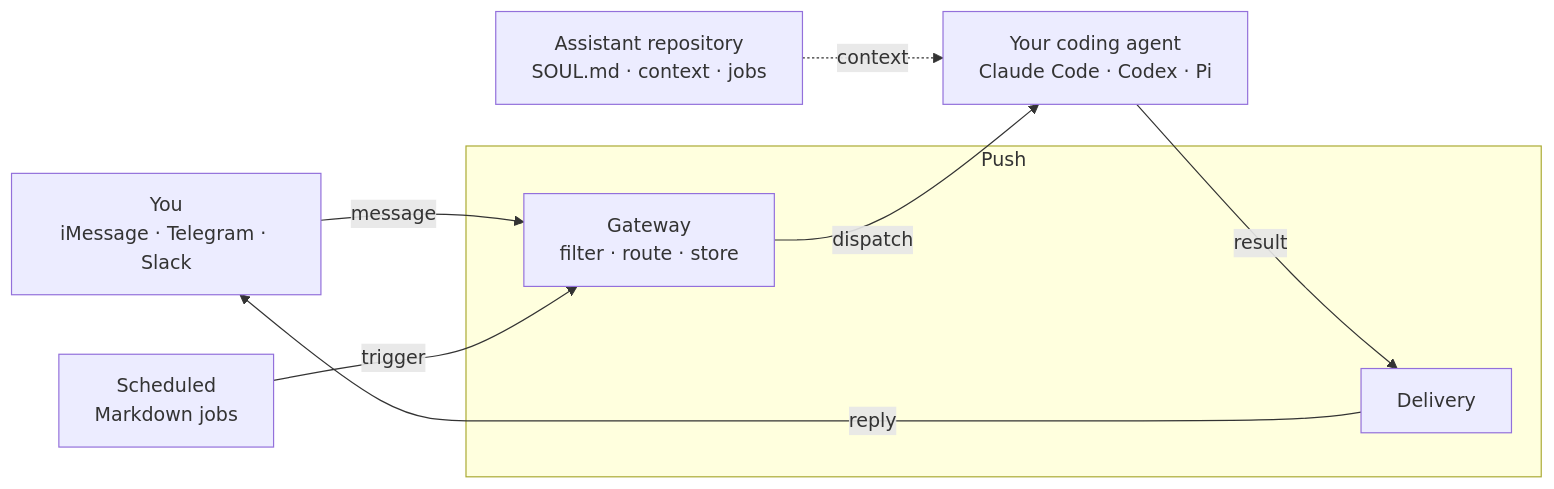
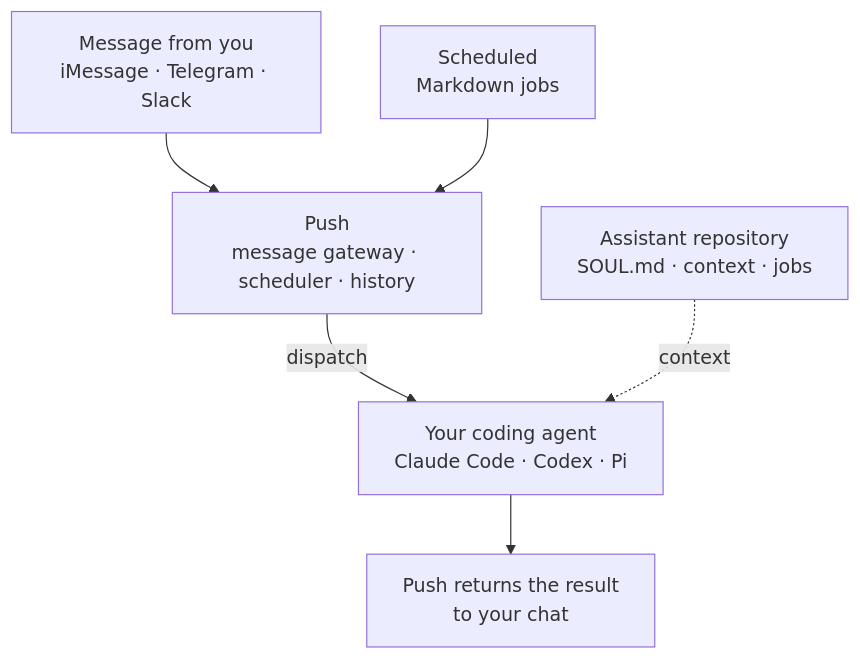
One commit to edheltzel/Relay changed the diagram in README.md. Above: the diagram before and after it, drawn with Mermaid.

Commit message:
docs: simplify the README diagram

````diff
--- a/README.md
+++ b/README.md
@@ -43,19 +43,15 @@
 ```mermaid
-flowchart LR
-    You["You<br/>iMessage · Telegram · Slack"]
+flowchart TD
+    Message["Message from you<br/>iMessage · Telegram · Slack"]
     Jobs["Scheduled<br/>Markdown jobs"]
     Repo["Assistant repository<br/>SOUL.md · context · jobs"]
+    Push["Push<br/>message gateway · scheduler · history"]
     Agent["Your coding agent<br/>Claude Code · Codex · Pi"]
+    Reply["Push returns the result<br/>to your chat"]
 
-    subgraph Push
-        Gateway["Gateway<br/>filter · route · store"]
-        Delivery["Delivery"]
-    end
-
-    You -->|message| Gateway
-    Jobs -->|trigger| Gateway
-    Gateway -->|dispatch| Agent
+    Message --> Push
+    Jobs --> Push
+    Push -->|dispatch| Agent
     Repo -. context .-> Agent
-    Agent -->|result| Delivery
-    Delivery -->|reply| You
+    Agent --> Reply
 ```
````
